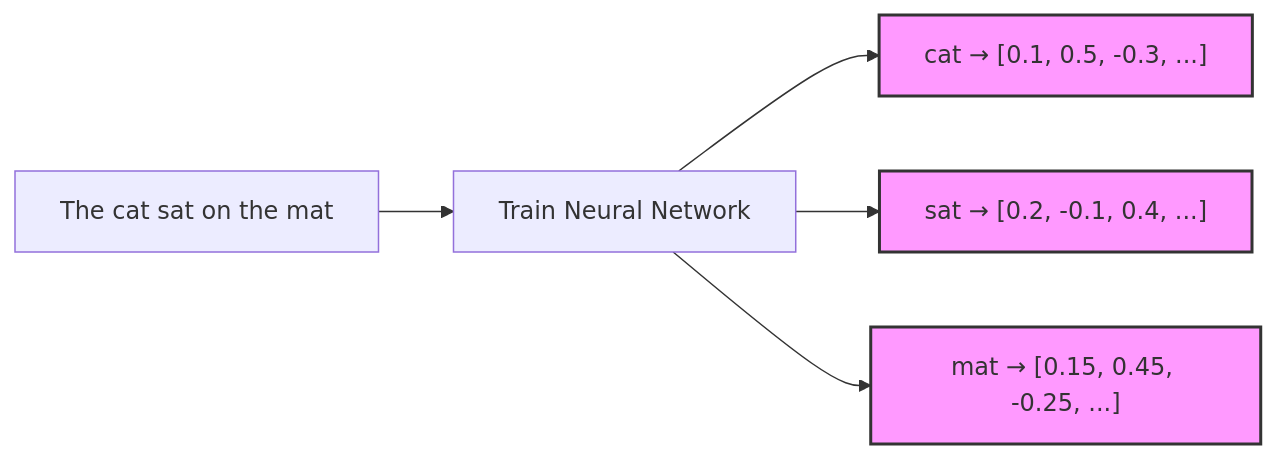
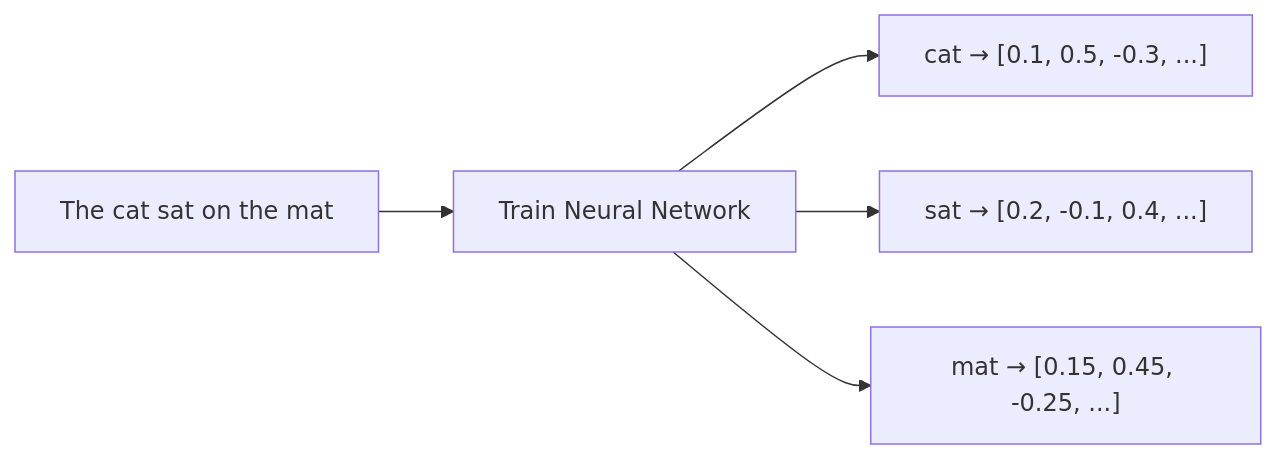
The sixth of 15 diagrams in Mostlylucid/Markdown/how-neural-machine-translation-works.md (Shaddix/mostlylucidweb), drawn with Mermaid before and after one commit. The commit also changed other lines of this file and 7 other files, not shown here.

````diff
--- a/Mostlylucid/Markdown/how-neural-machine-translation-works.md
+++ b/Mostlylucid/Markdown/how-neural-machine-translation-works.md
@@ -298,11 +299,8 @@
 ```mermaid
 graph LR
     A["The cat sat on the mat"] --> B[Train Neural Network]
     B --> C["cat → [0.1, 0.5, -0.3, ...]"]
     B --> D["sat → [0.2, -0.1, 0.4, ...]"]
     B --> E["mat → [0.15, 0.45, -0.25, ...]"]
 
-    style C fill:#f9f,stroke:#333,stroke-width:2px
-    style D fill:#f9f,stroke:#333,stroke-width:2px
-    style E fill:#f9f,stroke:#333,stroke-width:2px
 ```
````
